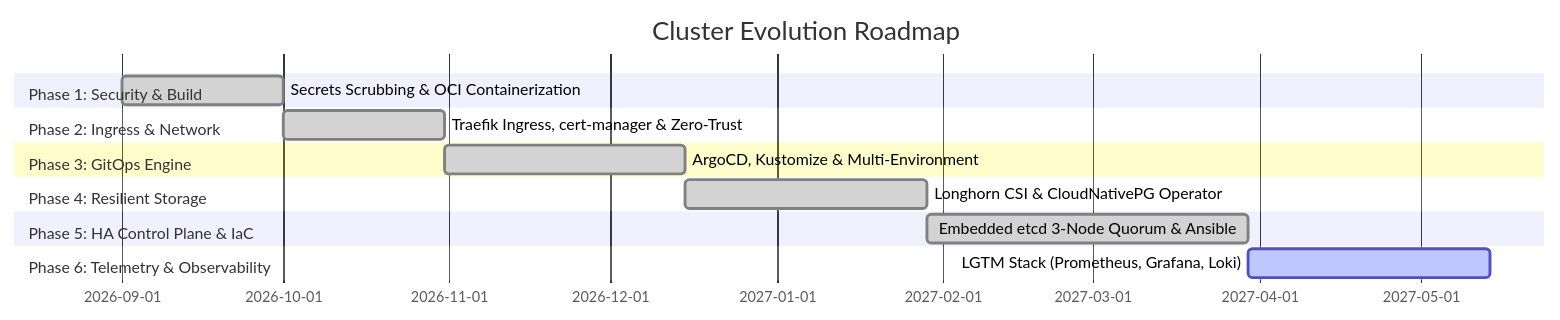
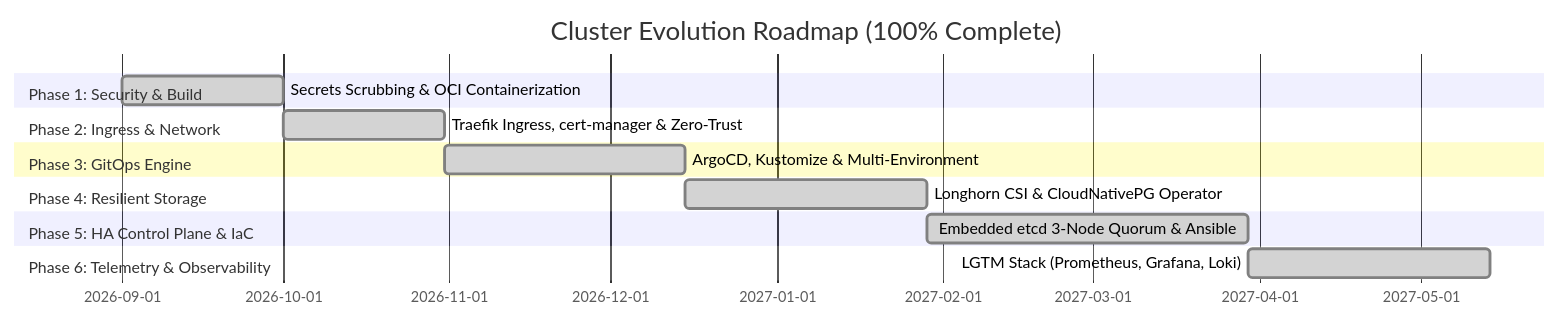
Before and after one commit to Ri4ards2006/full-stack-cluster: the diagram in ROADMAP.md, drawn with Mermaid. The commit also changed other lines of this file and 1 other file, not shown here.

Commit message:
docs(sre): add observability runbook and mark roadmap 100 percent complete

````diff
--- a/ROADMAP.md
+++ b/ROADMAP.md
@@ -7,17 +7,17 @@
 ```mermaid
 gantt
-    title Cluster Evolution Roadmap
+    title Cluster Evolution Roadmap (100% Complete)
     dateFormat  YYYY-MM-DD
     section Phase 1: Security & Build
     Secrets Scrubbing & OCI Containerization :done, p1, 2026-09-01, 30d
     section Phase 2: Ingress & Network
     Traefik Ingress, cert-manager & Zero-Trust :done, p2, after p1, 30d
     section Phase 3: GitOps Engine
     ArgoCD, Kustomize & Multi-Environment   :done, p3, after p2, 45d
     section Phase 4: Resilient Storage
     Longhorn CSI & CloudNativePG Operator    :done, p4, after p3, 45d
     section Phase 5: HA Control Plane & IaC
     Embedded etcd 3-Node Quorum & Ansible    :done, p5, after p4, 60d
     section Phase 6: Telemetry & Observability
-    LGTM Stack (Prometheus, Grafana, Loki)   :active, p6, after p5, 45d
+    LGTM Stack (Prometheus, Grafana, Loki)   :done, p6, after p5, 45d
 ```
````
